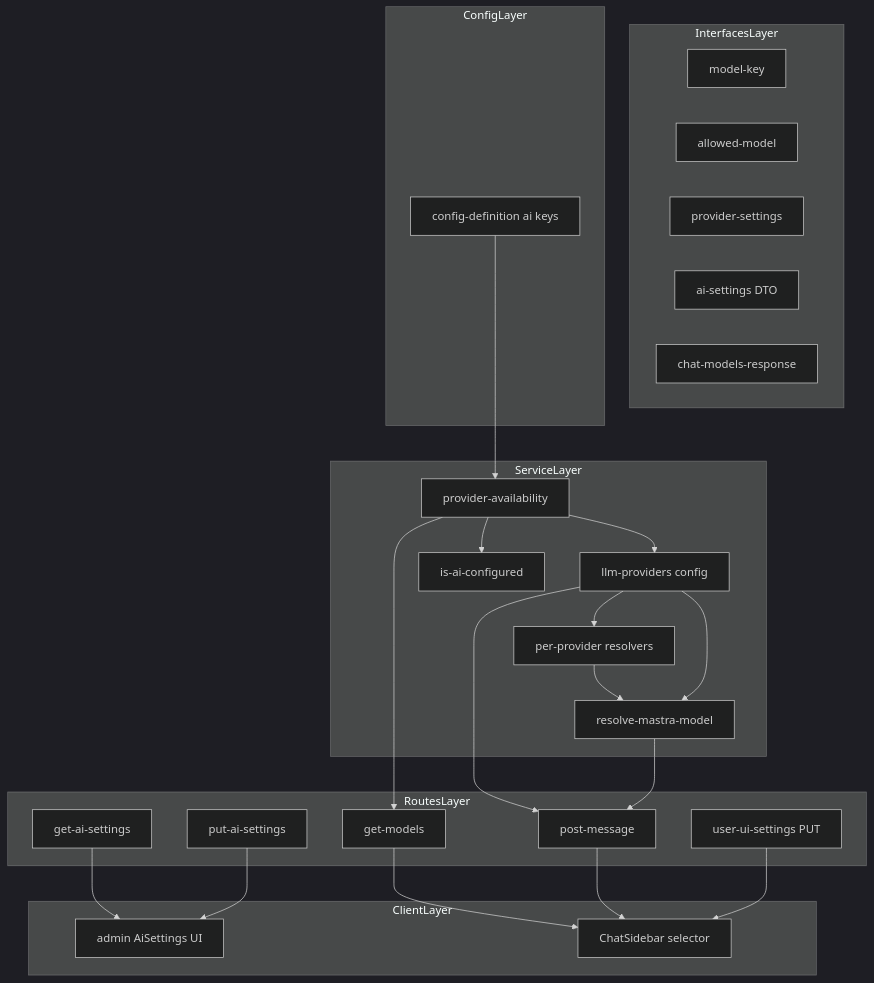
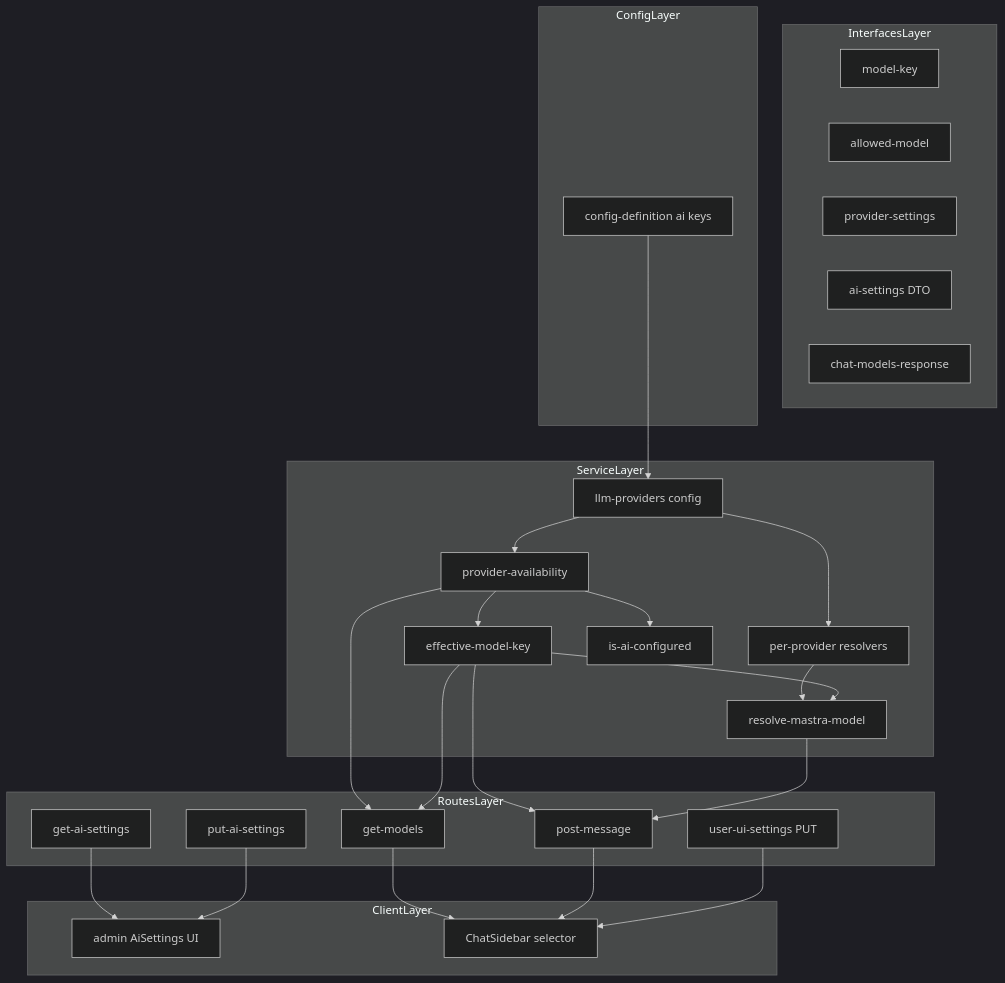
Before and after one commit to growilabs/growi: the first of 2 diagrams in .kiro/specs/mastra-multi-provider/design.md, drawn with Mermaid (dark theme). The commit also changed other lines of this file and 1 other file, not shown here.

Commit message:
feat(mastra-multi-provider): refine effective model key resolution and maintain import dependencies

````diff
--- a/.kiro/specs/mastra-multi-provider/design.md
+++ b/.kiro/specs/mastra-multi-provider/design.md
@@ -81,45 +81,48 @@
 ```mermaid
 graph TB
     subgraph InterfacesLayer
         MK[model-key]
         AM[allowed-model]
         PS[provider-settings]
         DTO[ai-settings DTO]
         CMR[chat-models-response]
     end
     subgraph ConfigLayer
         CD[config-definition ai keys]
     end
     subgraph ServiceLayer
+        LPC[llm-providers config]
         PA[provider-availability]
-        LPC[llm-providers config]
+        EMK[effective-model-key]
         PRV[per-provider resolvers]
         RMM[resolve-mastra-model]
         IAC[is-ai-configured]
     end
     subgraph RoutesLayer
         GAS[get-ai-settings]
         PAS[put-ai-settings]
         GMS[get-models]
         POM[post-message]
         UUS[user-ui-settings PUT]
     end
     subgraph ClientLayer
         ADM[admin AiSettings UI]
         CHT[ChatSidebar selector]
     end
-    CD --> PA
+    CD --> LPC
+    LPC --> PA
+    LPC --> PRV
+    PA --> EMK
     PA --> IAC
-    PA --> LPC
-    LPC --> PRV
     PRV --> RMM
-    LPC --> RMM
+    EMK --> RMM
     PA --> GMS
-    LPC --> POM
+    EMK --> GMS
+    EMK --> POM
     RMM --> POM
     GAS --> ADM
     PAS --> ADM
     GMS --> CHT
     POM --> CHT
     UUS --> CHT
 ```
````
